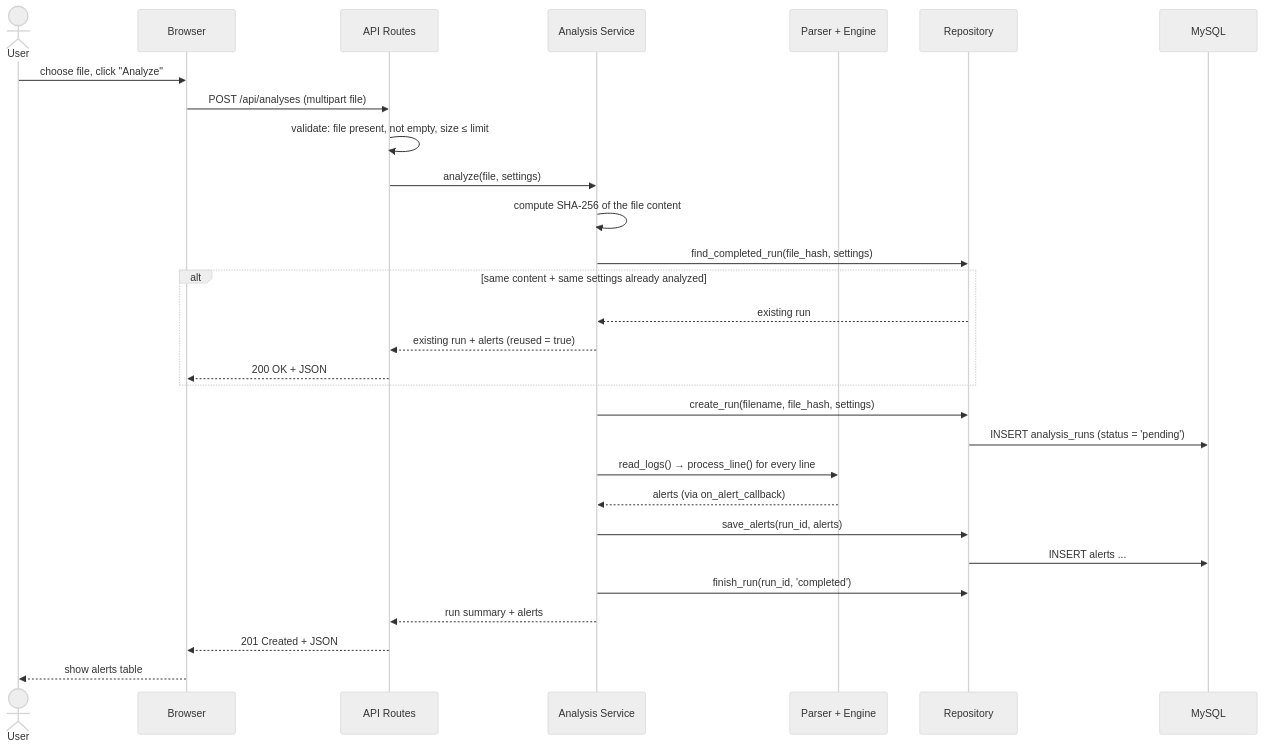
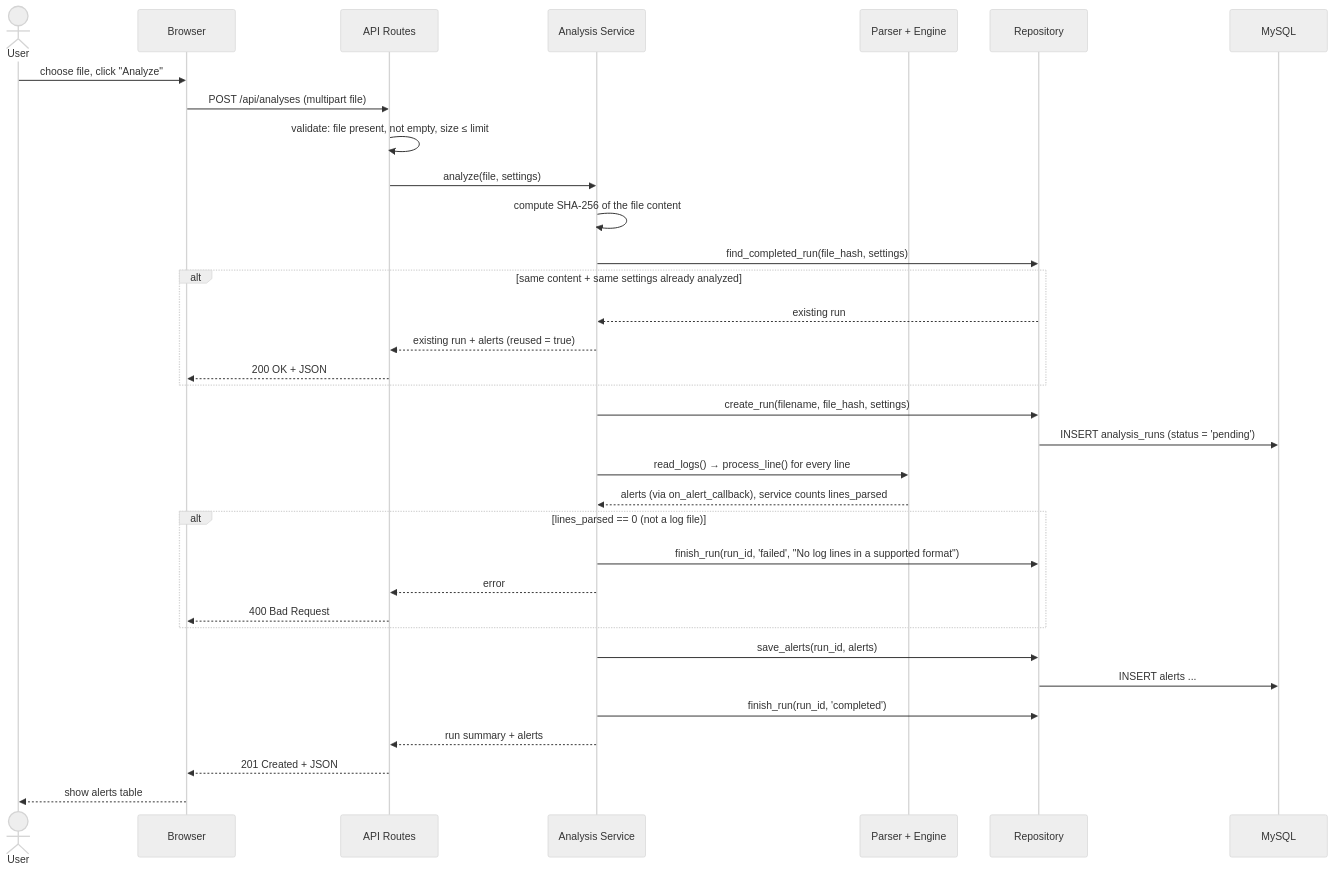
One commit to naamaovd-code/log-threat-analyzer changed the second of 3 diagrams in docs/DESIGN.md. Above: the diagram before and after it, drawn with Mermaid (neutral theme). The commit also changed other lines of this file, not shown here.

First line of the commit message:
Design: history by analysis date, alerts per run, lines_parsed

````diff
--- a/docs/DESIGN.md
+++ b/docs/DESIGN.md
@@ -80,32 +81,37 @@
 ```mermaid
 sequenceDiagram
     actor User
     participant B as Browser
     participant A as API Routes
     participant S as Analysis Service
     participant E as Parser + Engine
     participant R as Repository
     participant DB as MySQL
 
     User->>B: choose file, click "Analyze"
     B->>A: POST /api/analyses (multipart file)
     A->>A: validate: file present, not empty, size ≤ limit
     A->>S: analyze(file, settings)
     S->>S: compute SHA-256 of the file content
     S->>R: find_completed_run(file_hash, settings)
     alt same content + same settings already analyzed
         R-->>S: existing run
         S-->>A: existing run + alerts (reused = true)
         A-->>B: 200 OK + JSON
     end
     S->>R: create_run(filename, file_hash, settings)
     R->>DB: INSERT analysis_runs (status = 'pending')
     S->>E: read_logs() → process_line() for every line
-    E-->>S: alerts (via on_alert_callback)
+    E-->>S: alerts (via on_alert_callback), service counts lines_parsed
+    alt lines_parsed == 0 (not a log file)
+        S->>R: finish_run(run_id, 'failed', "No log lines in a supported format")
+        S-->>A: error
+        A-->>B: 400 Bad Request
+    end
     S->>R: save_alerts(run_id, alerts)
     R->>DB: INSERT alerts ...
     S->>R: finish_run(run_id, 'completed')
     S-->>A: run summary + alerts
     A-->>B: 201 Created + JSON
     B-->>User: show alerts table
 ```
````
